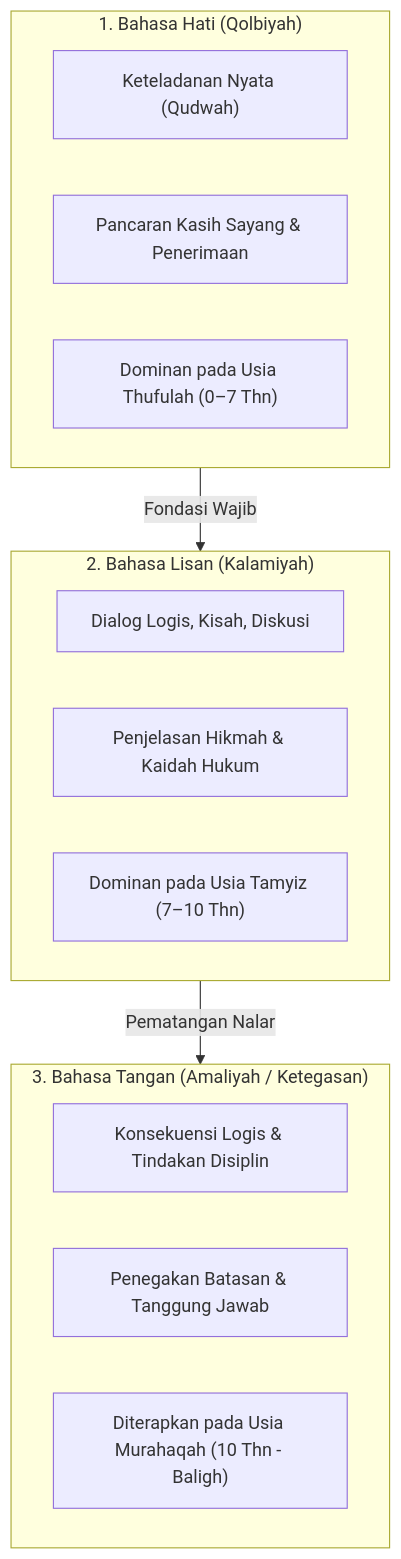
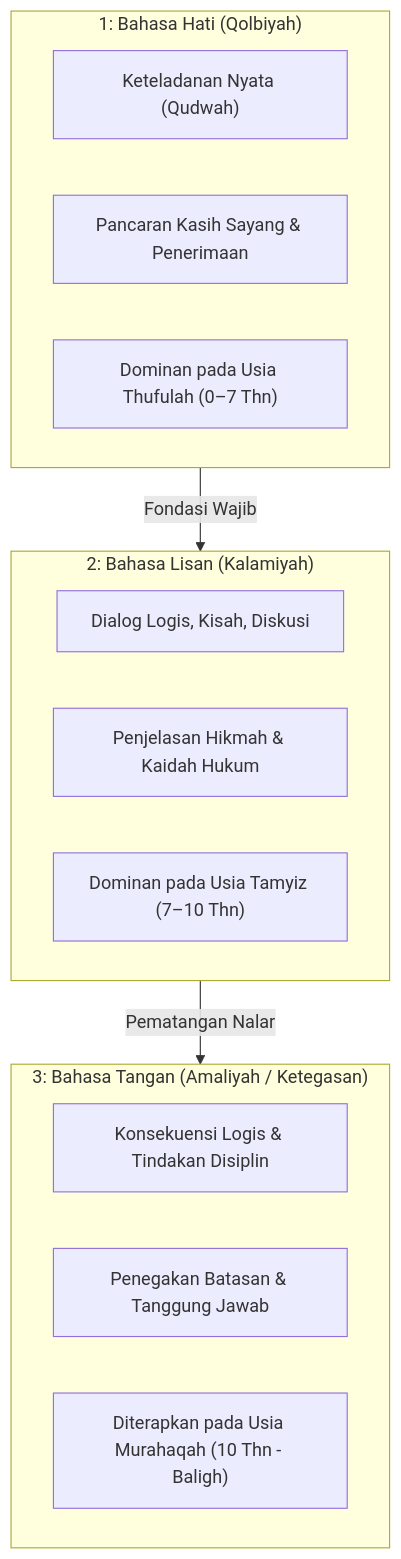
Before and after one commit to decaller/wiki-pkn: the second of 2 diagrams in content/Paradigma - Implementasi PKN/Dokumen Pendidikan Karakter Nabawiyah/Paradigma & Implementasi/Pendidikan Ideal/Menumbuhkan Kesadaran Beramal.md, drawn with Mermaid. The commit also changed 26 other files, not shown here.

Commit message:
fix(mermaid): sanitize list syntax in node labels to resolve 'Unsupported markdown: list' error

````diff
--- a/content/Paradigma - Implementasi PKN/Dokumen Pendidikan Karakter Nabawiyah/Paradigma & Implementasi/Pendidikan Ideal/Menumbuhkan Kesadaran Beramal.md
+++ b/content/Paradigma - Implementasi PKN/Dokumen Pendidikan Karakter Nabawiyah/Paradigma & Implementasi/Pendidikan Ideal/Menumbuhkan Kesadaran Beramal.md
@@ -212,20 +212,20 @@
 ```mermaid
 flowchart TD
-    subgraph HATI["1. Bahasa Hati (Qolbiyah)"]
+    subgraph HATI["1: Bahasa Hati (Qolbiyah)"]
         H1["Keteladanan Nyata (Qudwah)"]
         H2["Pancaran Kasih Sayang & Penerimaan"]
         H3["Dominan pada Usia Thufulah (0–7 Thn)"]
     end
-    subgraph LISAN["2. Bahasa Lisan (Kalamiyah)"]
+    subgraph LISAN["2: Bahasa Lisan (Kalamiyah)"]
         L1["Dialog Logis, Kisah, Diskusi"]
         L2["Penjelasan Hikmah & Kaidah Hukum"]
         L3["Dominan pada Usia Tamyiz (7–10 Thn)"]
     end
-    subgraph TANGAN["3. Bahasa Tangan (Amaliyah / Ketegasan)"]
+    subgraph TANGAN["3: Bahasa Tangan (Amaliyah / Ketegasan)"]
         T1["Konsekuensi Logis & Tindakan Disiplin"]
         T2["Penegakan Batasan & Tanggung Jawab"]
         T3["Diterapkan pada Usia Murahaqah (10 Thn - Baligh)"]
     end
 
     HATI -->|"Fondasi Wajib"| LISAN -->|"Pematangan Nalar"| TANGAN
 ```
````
